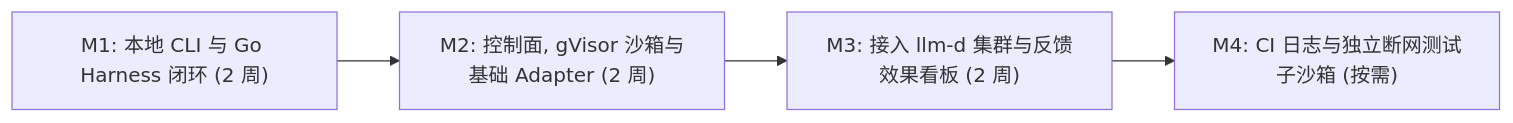
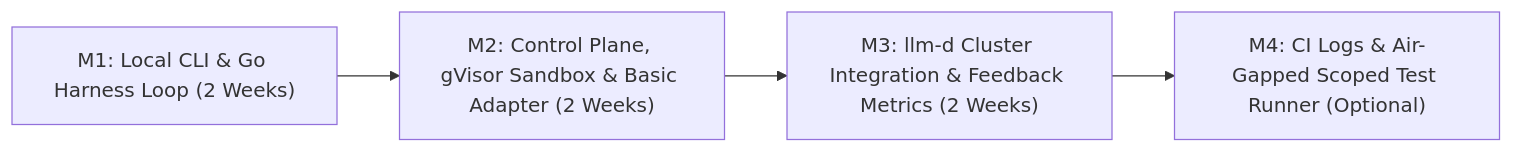
Before and after one commit to zetxqx/review-agent-infra: the sixth of 6 diagrams in docs/design/implementation-plan.md, drawn with Mermaid. The commit also changed other lines of this file and 2 other files, not shown here.

Commit message:
Translate repository documentation, diagrams, and code comments into English.

````diff
--- a/docs/design/implementation-plan.md
+++ b/docs/design/implementation-plan.md
@@ -1165,6 +1163,6 @@
 ```mermaid
 flowchart LR
-    M1["M1: 本地 CLI 与 Go Harness 闭环 (2 周)"] --> M2["M2: 控制面, gVisor 沙箱与基础 Adapter (2 周)"]
-    M2 --> M3["M3: 接入 llm-d 集群与反馈效果看板 (2 周)"]
-    M3 --> M4["M4: CI 日志与独立断网测试子沙箱 (按需)"]
+    M1["M1: Local CLI & Go Harness Loop (2 Weeks)"] --> M2["M2: Control Plane, gVisor Sandbox & Basic Adapter (2 Weeks)"]
+    M2 --> M3["M3: llm-d Cluster Integration & Feedback Metrics (2 Weeks)"]
+    M3 --> M4["M4: CI Logs & Air-Gapped Scoped Test Runner (Optional)"]
 ```
````
